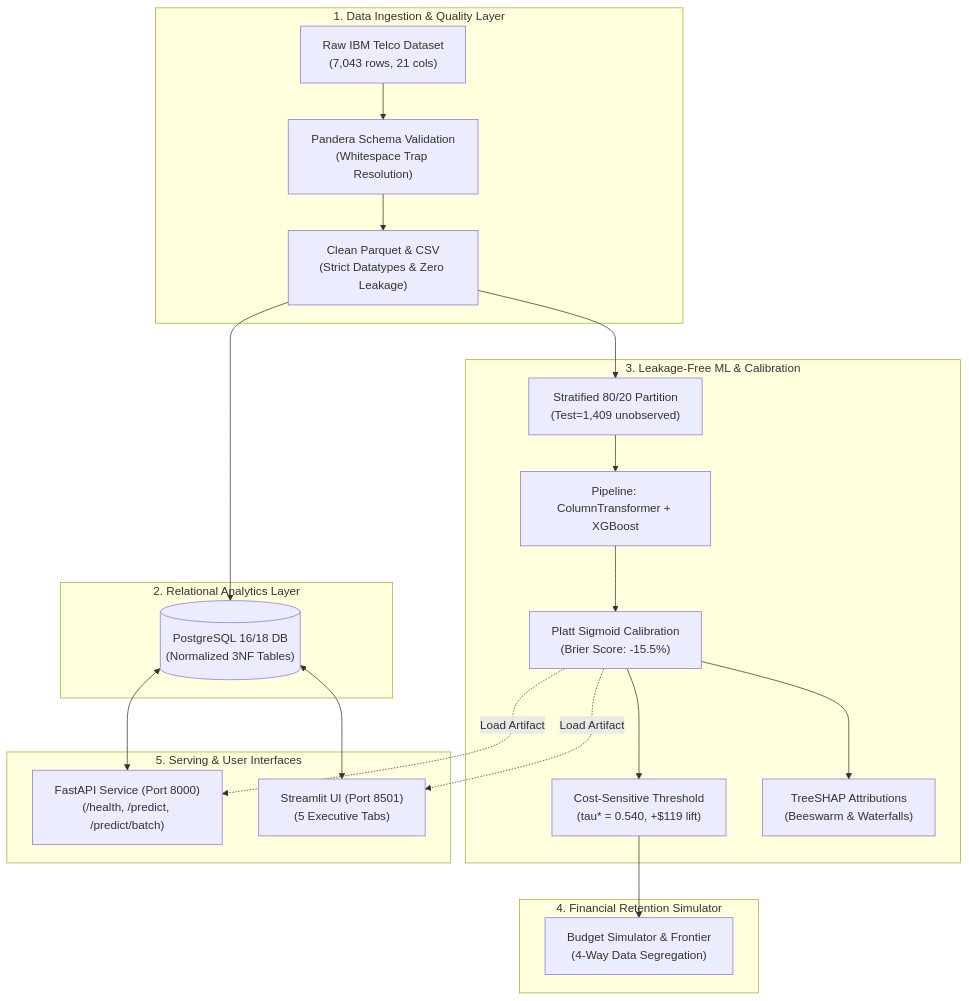
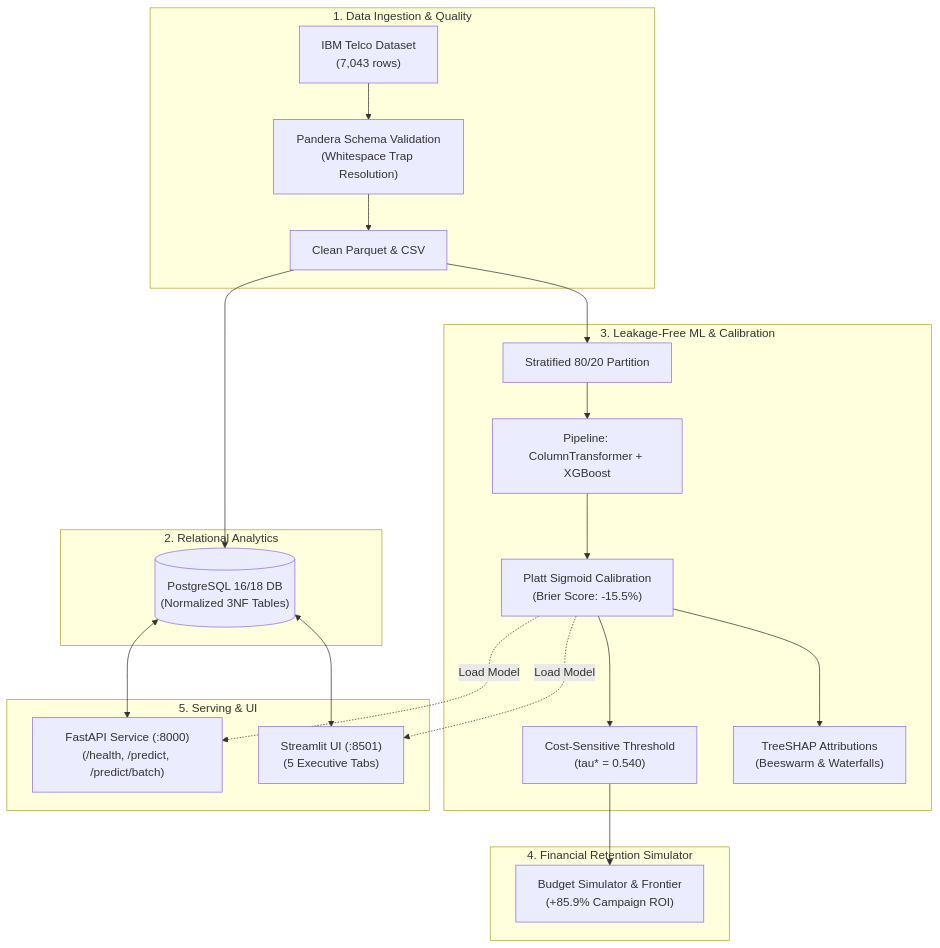
Before and after one commit to yashbanedar/Customer-Churn-Intelligence-Retention-Platform: the diagram in README.md, drawn with Mermaid. The commit also changed other lines of this file and 1 other file, not shown here.

````diff
--- a/README.md
+++ b/README.md
@@ -26,30 +17,30 @@
 ```mermaid
 flowchart TD
-    subgraph DataIngestion ["1. Data Ingestion & Quality Layer"]
-        RawCSV["Raw IBM Telco Dataset<br/>(7,043 rows, 21 cols)"] --> Pandera["Pandera Schema Validation<br/>(Whitespace Trap Resolution)"]
-        Pandera --> CleanData["Clean Parquet & CSV<br/>(Strict Datatypes & Zero Leakage)"]
+    subgraph Ingestion ["1. Data Ingestion & Quality"]
+        RawCSV["IBM Telco Dataset<br/>(7,043 rows)"] --> Pandera["Pandera Schema Validation<br/>(Whitespace Trap Resolution)"]
+        Pandera --> CleanData["Clean Parquet & CSV"]
     end
 
-    subgraph RelationalDB ["2. Relational Analytics Layer"]
+    subgraph RelationalDB ["2. Relational Analytics"]
         CleanData --> Postgres[("PostgreSQL 16/18 DB<br/>(Normalized 3NF Tables)")]
     end
 
     subgraph MLLayer ["3. Leakage-Free ML & Calibration"]
-        CleanData --> Split["Stratified 80/20 Partition<br/>(Test=1,409 unobserved)"]
+        CleanData --> Split["Stratified 80/20 Partition"]
         Split --> Train["Pipeline: ColumnTransformer + XGBoost"]
         Train --> Calibrate["Platt Sigmoid Calibration<br/>(Brier Score: -15.5%)"]
-        Calibrate --> OptimalTau["Cost-Sensitive Threshold<br/>(tau* = 0.540, +$119 lift)"]
+        Calibrate --> OptimalTau["Cost-Sensitive Threshold<br/>(tau* = 0.540)"]
         Calibrate --> SHAP["TreeSHAP Attributions<br/>(Beeswarm & Waterfalls)"]
     end
 
     subgraph BusinessLayer ["4. Financial Retention Simulator"]
-        OptimalTau --> BudgetSim["Budget Simulator & Frontier<br/>(4-Way Data Segregation)"]
+        OptimalTau --> BudgetSim["Budget Simulator & Frontier<br/>(+85.9% Campaign ROI)"]
     end
 
-    subgraph ServingLayer ["5. Serving & User Interfaces"]
-        Calibrate -.->|Load Artifact| API["FastAPI Service (Port 8000)<br/>(/health, /predict, /predict/batch)"]
-        Calibrate -.->|Load Artifact| Dashboard["Streamlit UI (Port 8501)<br/>(5 Executive Tabs)"]
+    subgraph ServingLayer ["5. Serving & UI"]
+        Calibrate -.->|Load Model| API["FastAPI Service (:8000)<br/>(/health, /predict, /predict/batch)"]
+        Calibrate -.->|Load Model| Dashboard["Streamlit UI (:8501)<br/>(5 Executive Tabs)"]
         Postgres <--> API
         Postgres <--> Dashboard
     end
 ```
````
